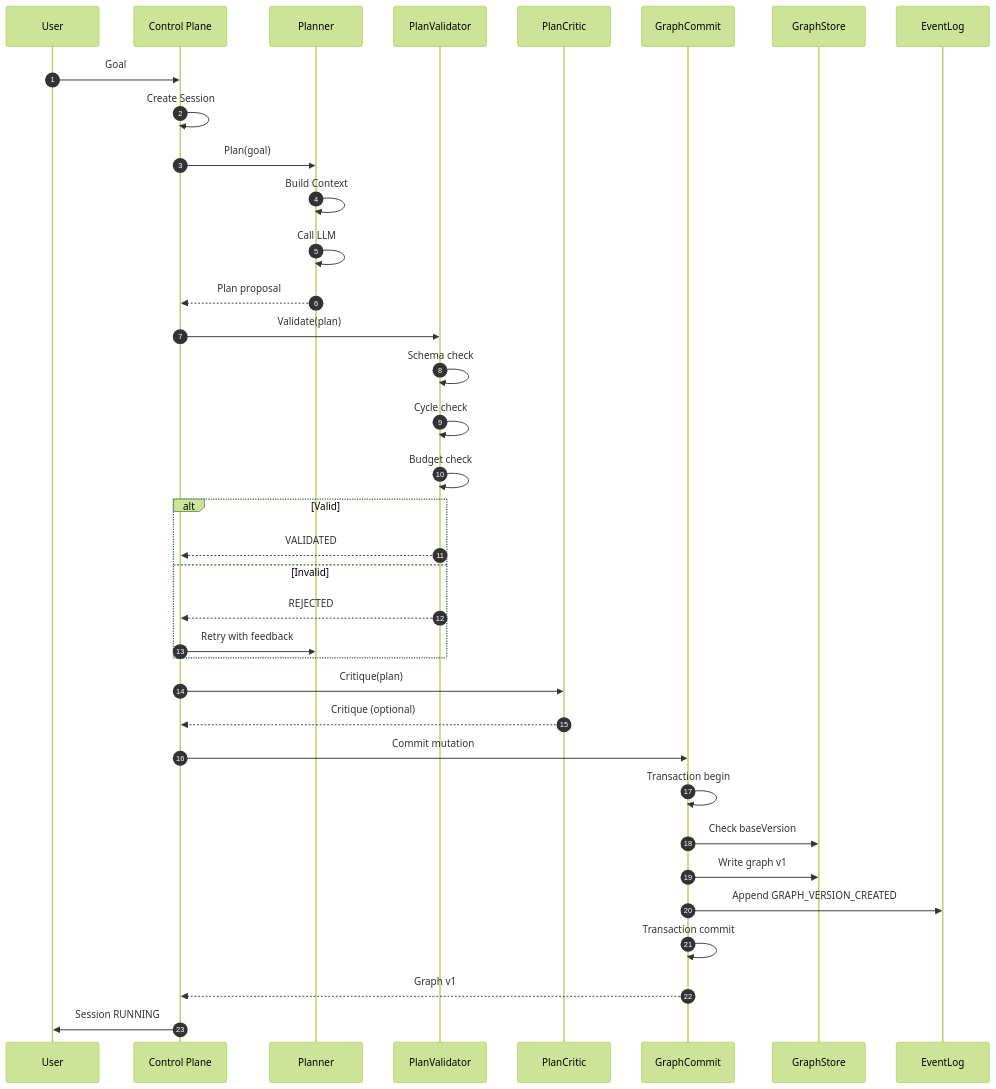
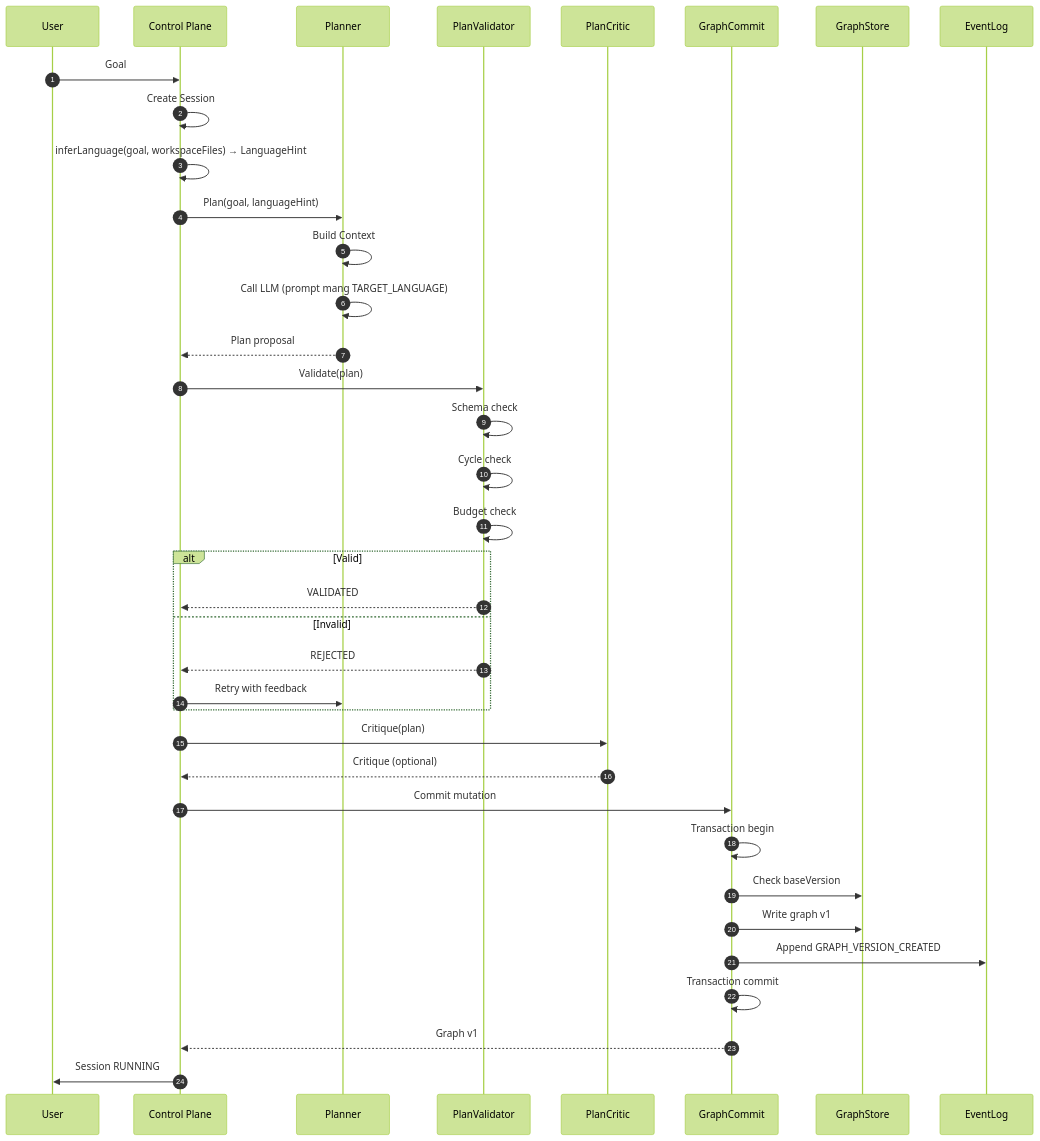
One commit to Dienvu1008/CodeForge-v2 changed the ninth of 13 diagrams in ARCHITECTURE_DIAGRAMS.md. Above: the diagram before and after it, drawn with Mermaid (forest theme). The commit also changed other lines of this file and 6 other files, not shown here.

````diff
--- a/ARCHITECTURE_DIAGRAMS.md
+++ b/ARCHITECTURE_DIAGRAMS.md
@@ -622,43 +669,44 @@
 ```mermaid
 sequenceDiagram
     autonumber
     participant U as User
     participant CP as Control Plane
     participant P as Planner
     participant V as PlanValidator
     participant C as PlanCritic
     participant GC as GraphCommit
     participant G as GraphStore
     participant E as EventLog
 
     U->>CP: Goal
     CP->>CP: Create Session
-    CP->>P: Plan(goal)
+    CP->>CP: inferLanguage(goal, workspaceFiles) → LanguageHint
+    CP->>P: Plan(goal, languageHint)
     P->>P: Build Context
-    P->>P: Call LLM
+    P->>P: Call LLM (prompt mang TARGET_LANGUAGE)
     P-->>CP: Plan proposal
 
     CP->>V: Validate(plan)
     V->>V: Schema check
     V->>V: Cycle check
     V->>V: Budget check
     alt Valid
         V-->>CP: VALIDATED
     else Invalid
         V-->>CP: REJECTED
         CP->>P: Retry with feedback
     end
 
     CP->>C: Critique(plan)
     C-->>CP: Critique (optional)
 
     CP->>GC: Commit mutation
     GC->>GC: Transaction begin
     GC->>G: Check baseVersion
     GC->>G: Write graph v1
     GC->>E: Append GRAPH_VERSION_CREATED
     GC->>GC: Transaction commit
     GC-->>CP: Graph v1
 
     CP->>U: Session RUNNING
 ```
````
